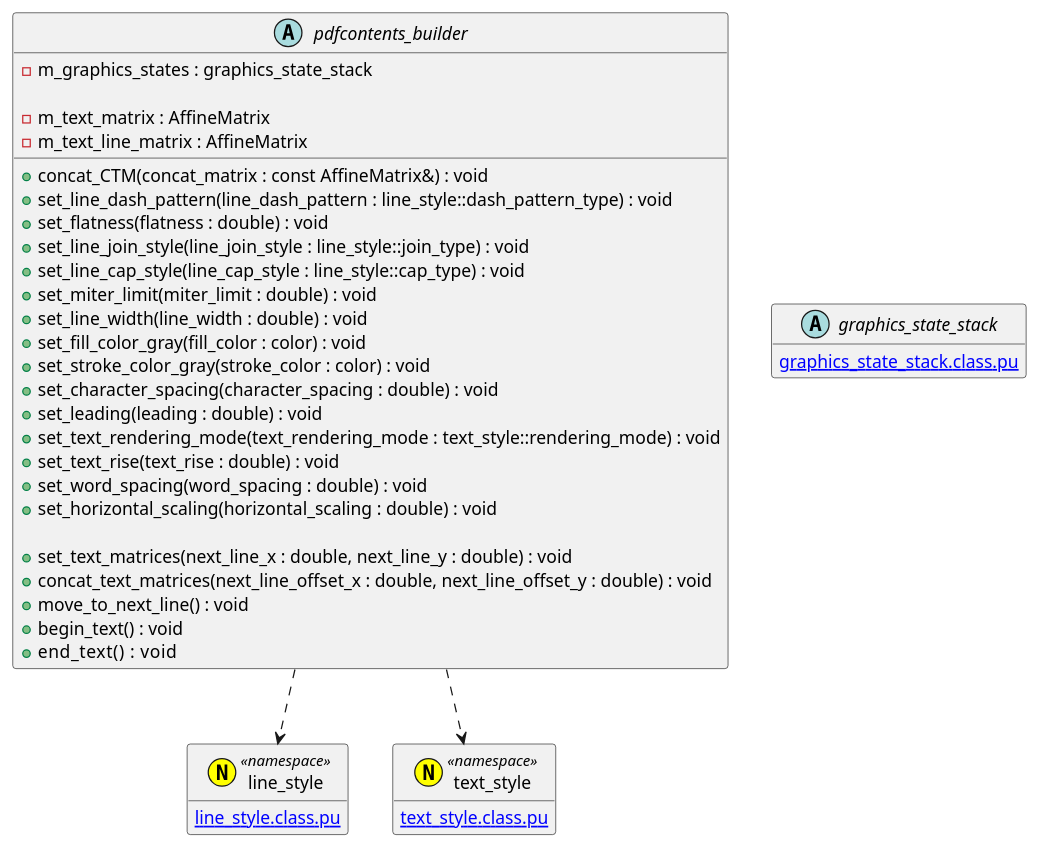
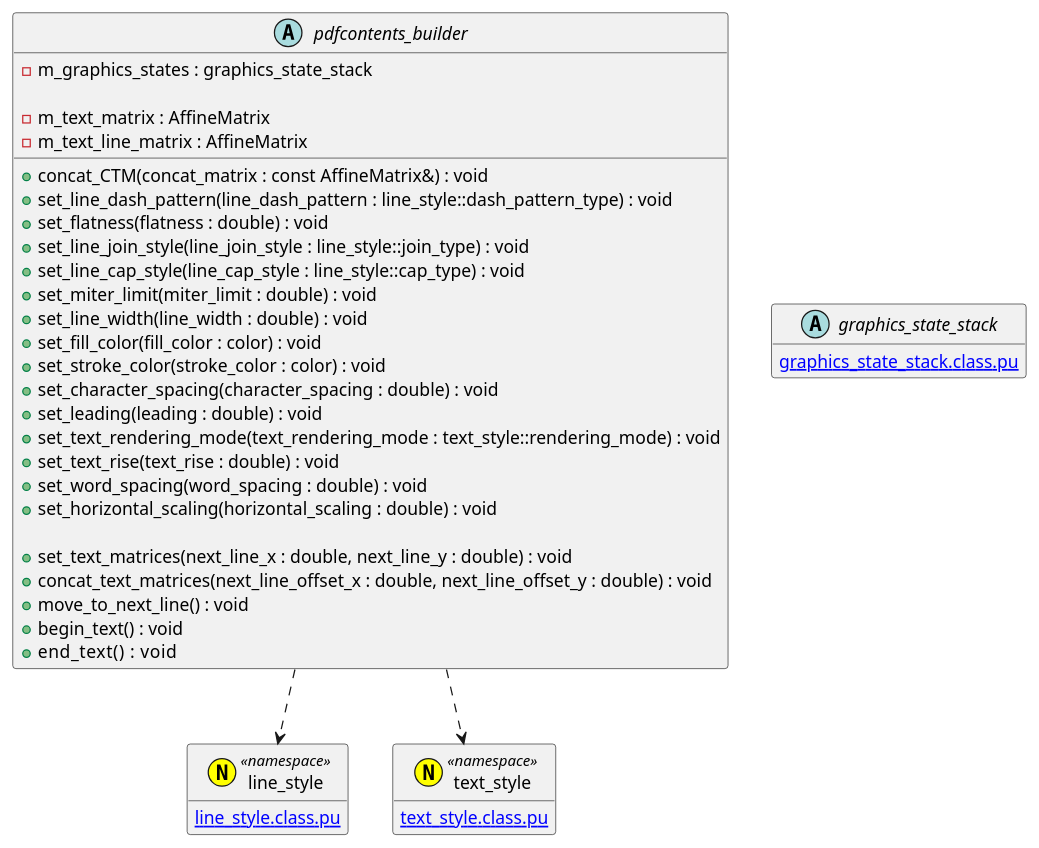
Before and after one commit to KodaiYM/PDFReader: the diagram in document/document_reader/page_tree_parser/page_parser/contents_parser/pdfcontents_builder/pdfcontents_builder.class.pu, drawn with PlantUML. The commit also changed 11 other files, not shown here.

```diff
--- a/document/document_reader/page_tree_parser/page_parser/contents_parser/pdfcontents_builder/pdfcontents_builder.class.pu
+++ b/document/document_reader/page_tree_parser/page_parser/contents_parser/pdfcontents_builder/pdfcontents_builder.class.pu
@@ -1,44 +1,44 @@
 @startuml pdfcontents_builder
 hide empty members
 abstract pdfcontents_builder {
 	+concat_CTM(concat_matrix : const AffineMatrix&) : void
 	+set_line_dash_pattern(line_dash_pattern : line_style::dash_pattern_type) : void
 	+set_flatness(flatness : double) : void
 	+set_line_join_style(line_join_style : line_style::join_type) : void
 	+set_line_cap_style(line_cap_style : line_style::cap_type) : void
 	+set_miter_limit(miter_limit : double) : void
 	+set_line_width(line_width : double) : void
-	+set_fill_color_gray(fill_color : color) : void
-	+set_stroke_color_gray(stroke_color : color) : void
+	+set_fill_color(fill_color : color) : void
+	+set_stroke_color(stroke_color : color) : void
 	+set_character_spacing(character_spacing : double) : void
 	+set_leading(leading : double) : void
 	+set_text_rendering_mode(text_rendering_mode : text_style::rendering_mode) : void
 	+set_text_rise(text_rise : double) : void
 	+set_word_spacing(word_spacing : double) : void
 	+set_horizontal_scaling(horizontal_scaling : double) : void
 
 	+set_text_matrices(next_line_x : double, next_line_y : double) : void
 	+concat_text_matrices(next_line_offset_x : double, next_line_offset_y : double) : void
 	+move_to_next_line() : void
 	+begin_text() : void
 	+end_text()   : void
 
 	-m_graphics_states : graphics_state_stack
 
 	' These matrices are ambiguously represented in PDF 1.0, but are clearly defined in PDF 1.7.
 	-m_text_matrix : AffineMatrix
 	-m_text_line_matrix : AffineMatrix
 }
 pdfcontents_builder ..> line_style
 pdfcontents_builder ..> text_style
 
 annotation line_style <<(N, yellow) namespace>> {
 	[[line_style.class.pu]]
 }
 annotation text_style <<(N, yellow) namespace>> {
 	[[text_style.class.pu]]
 }
 abstract graphics_state_stack {
 	[[graphics_state_stack.class.pu]]
 }
 @enduml
```
